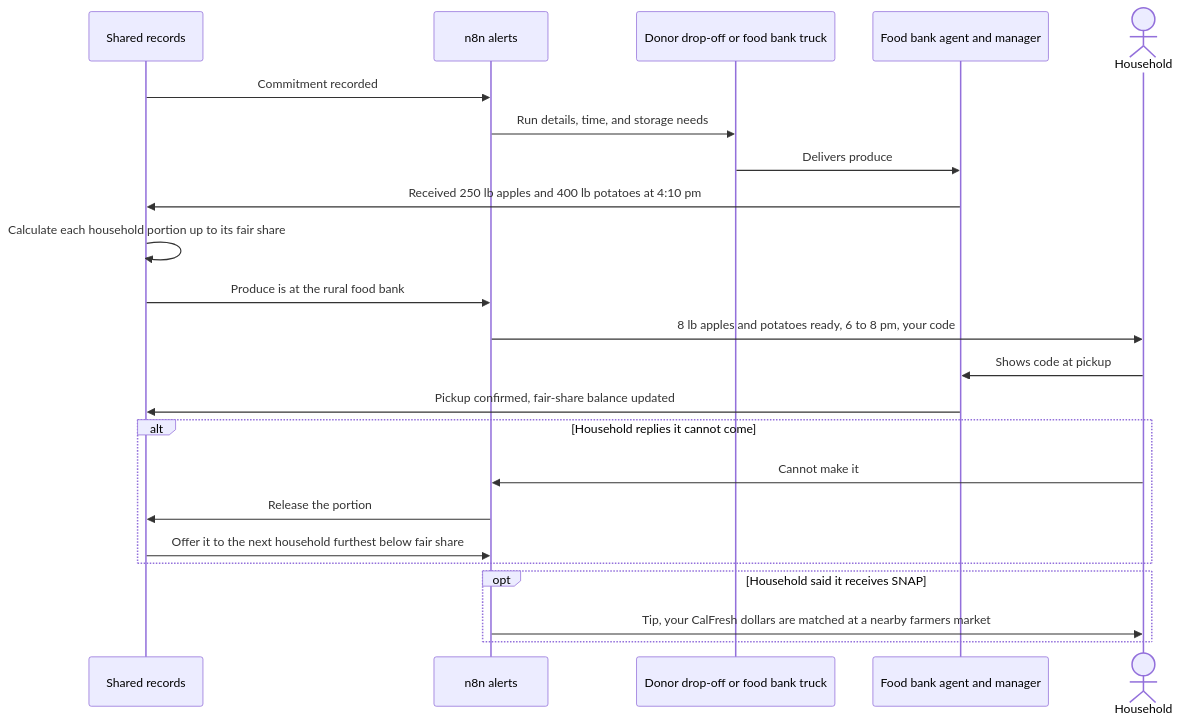
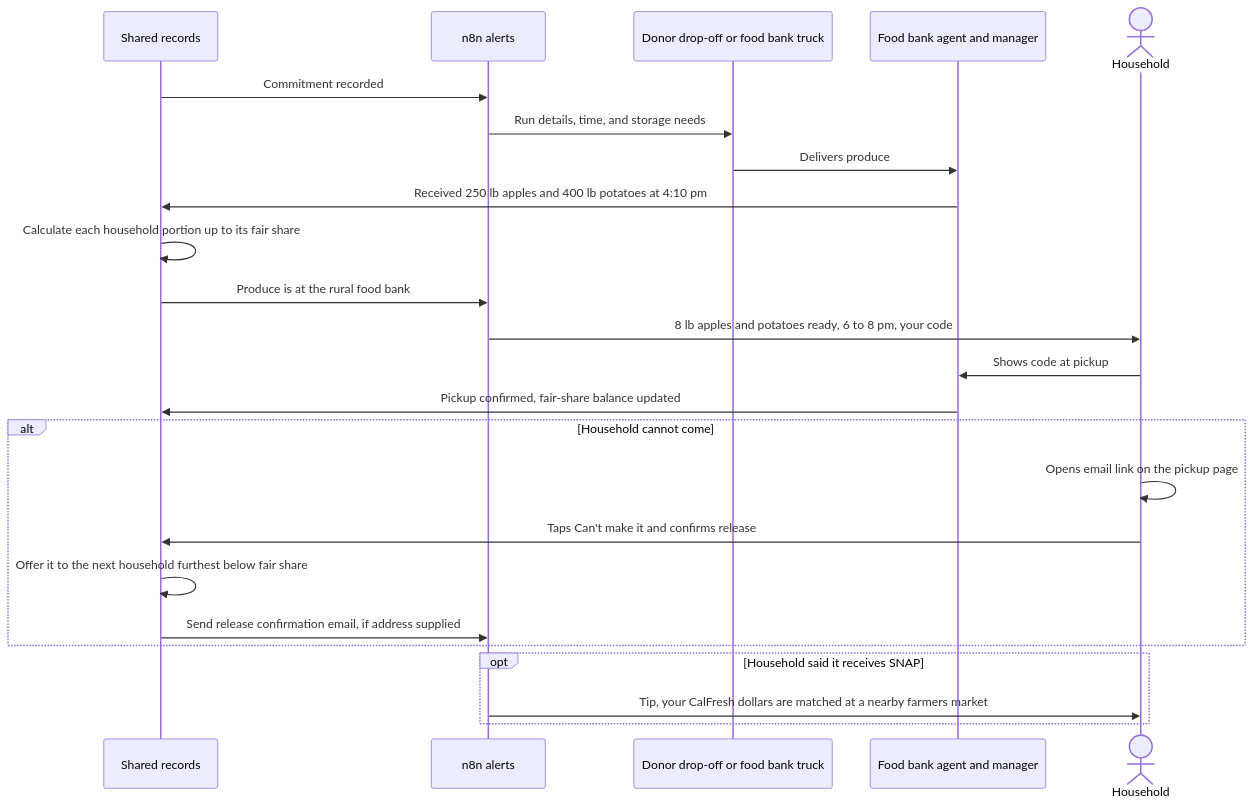
Before and after one commit to mubinmodi/UCSC_HACK_HARVESTNET: the sixth of 8 diagrams in docs/MVP_DESIGN.md, drawn with Mermaid. The commit also changed other lines of this file and 63 other files, not shown here.

Commit message:
Switch pickup notices to SES email workflow

````diff
--- a/docs/MVP_DESIGN.md
+++ b/docs/MVP_DESIGN.md
@@ -346,25 +346,26 @@
 ```mermaid
 sequenceDiagram
     participant Rec as Shared records
     participant N8 as n8n alerts
     participant Mover as Donor drop-off or food bank truck
     participant Bank as Food bank agent and manager
     actor Household as Household
     Rec->>N8: Commitment recorded
     N8->>Mover: Run details, time, and storage needs
     Mover->>Bank: Delivers produce
     Bank->>Rec: Received 250 lb apples and 400 lb potatoes at 4:10 pm
     Rec->>Rec: Calculate each household portion up to its fair share
     Rec->>N8: Produce is at the rural food bank
     N8->>Household: 8 lb apples and potatoes ready, 6 to 8 pm, your code
     Household->>Bank: Shows code at pickup
     Bank->>Rec: Pickup confirmed, fair-share balance updated
-    alt Household replies it cannot come
-        Household->>N8: Cannot make it
-        N8->>Rec: Release the portion
-        Rec->>N8: Offer it to the next household furthest below fair share
+    alt Household cannot come
+        Household->>Household: Opens email link on the pickup page
+        Household->>Rec: Taps Can't make it and confirms release
+        Rec->>Rec: Offer it to the next household furthest below fair share
+        Rec->>N8: Send release confirmation email, if address supplied
     end
     opt Household said it receives SNAP
         N8->>Household: Tip, your CalFresh dollars are matched at a nearby farmers market
     end
 ```
````
